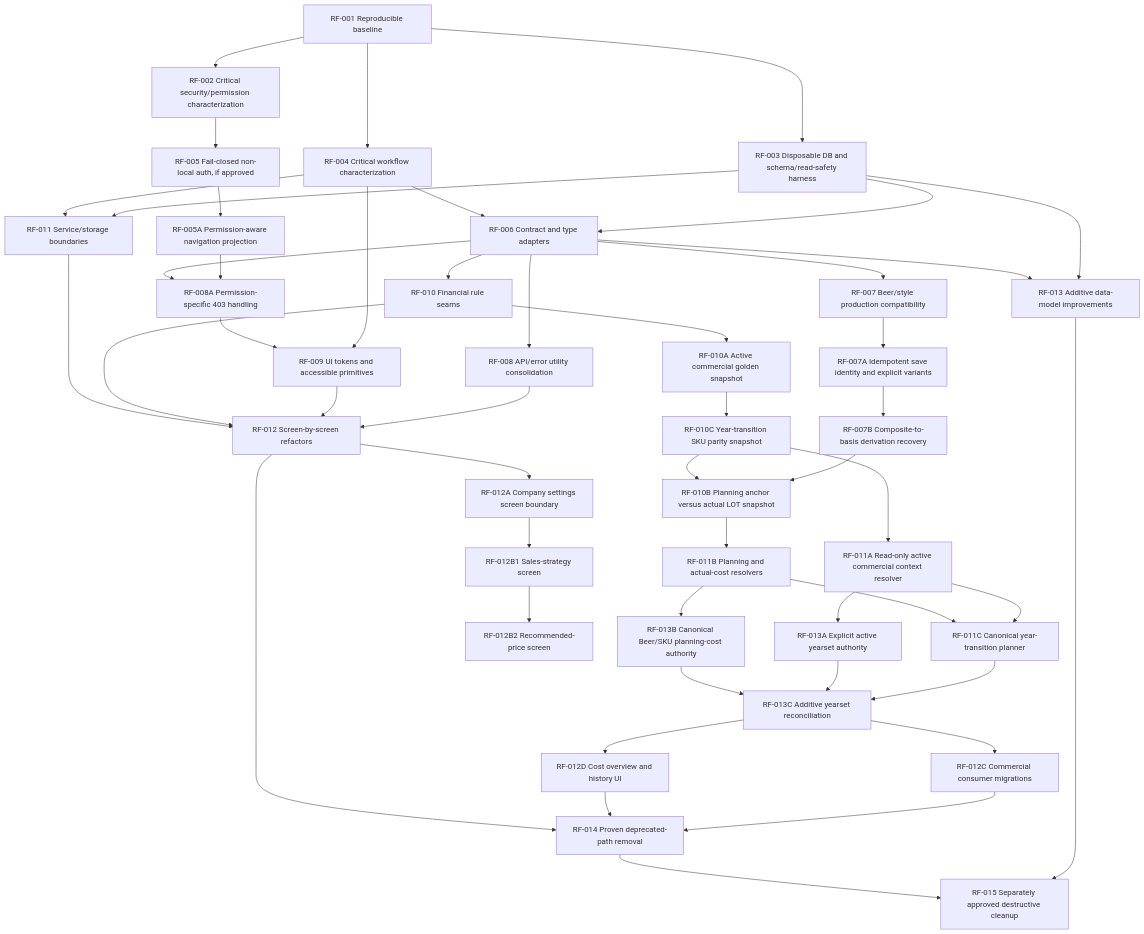
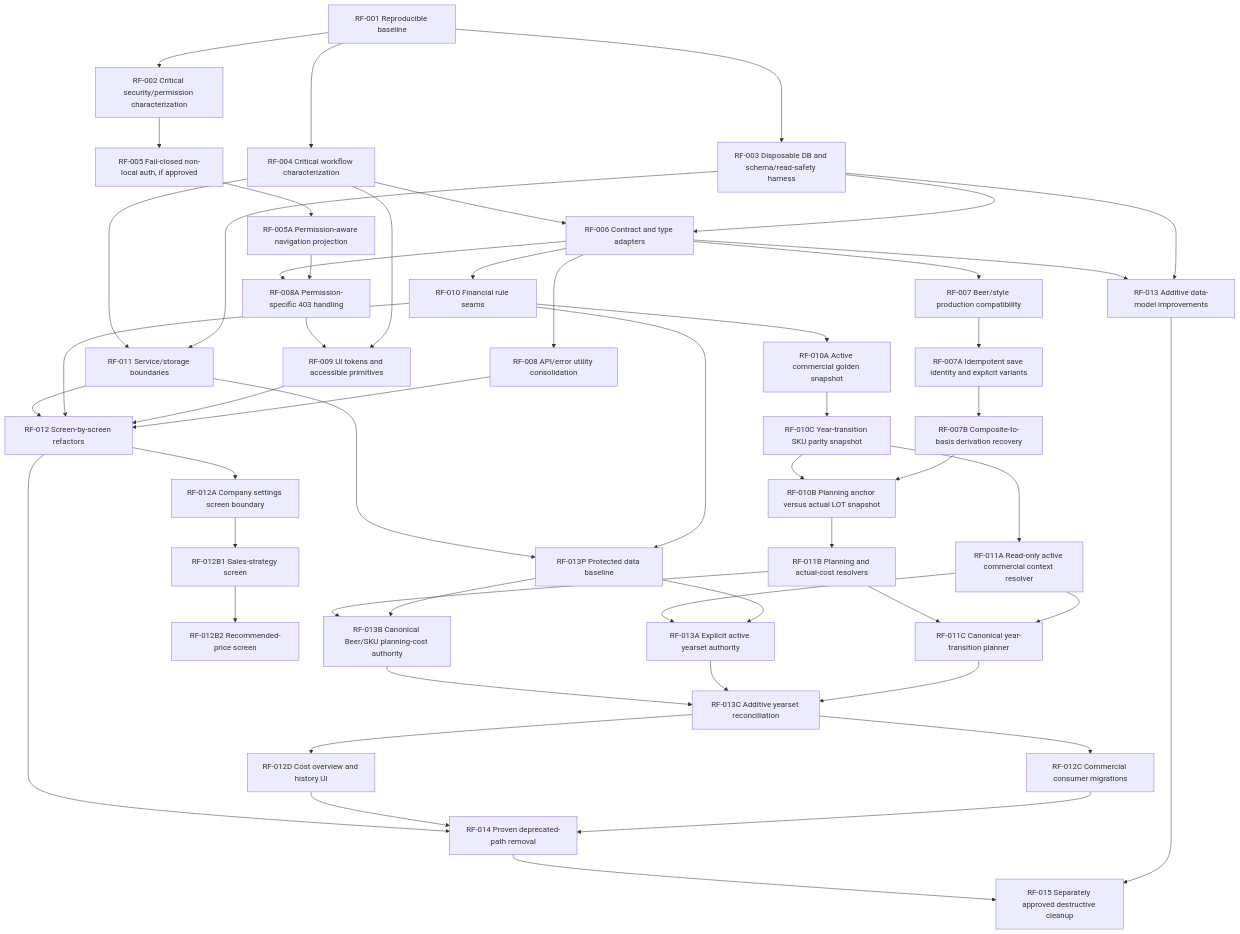
The first of 2 diagrams in docs/refactor-analysis/09-refactoring-roadmap.md (berlewaldebier-png/BerlewaldeCalculatietool), drawn with Mermaid before and after one commit. The commit also changed other lines of this file and 5 other files, not shown here.

Commit message:
test: add RF-013P protected data baseline (#50)

````diff
--- a/docs/refactor-analysis/09-refactoring-roadmap.md
+++ b/docs/refactor-analysis/09-refactoring-roadmap.md
@@ -48,50 +49,54 @@
 ```mermaid
 flowchart TD
     R1["RF-001 Reproducible baseline"] --> R2["RF-002 Critical security/permission characterization"]
     R1 --> R3["RF-003 Disposable DB and schema/read-safety harness"]
     R1 --> R4["RF-004 Critical workflow characterization"]
     R2 --> R5["RF-005 Fail-closed non-local auth, if approved"]
     R5 --> R5A["RF-005A Permission-aware navigation projection"]
     R3 --> R6["RF-006 Contract and type adapters"]
     R4 --> R6
     R6 --> R7["RF-007 Beer/style production compatibility"]
     R7 --> R7A["RF-007A Idempotent save identity and explicit variants"]
     R7A --> R7B["RF-007B Composite-to-basis derivation recovery"]
     R6 --> R8["RF-008 API/error utility consolidation"]
     R5A --> R8A["RF-008A Permission-specific 403 handling"]
     R6 --> R8A
     R4 --> R9["RF-009 UI tokens and accessible primitives"]
     R8A --> R9
     R6 --> R10["RF-010 Financial rule seams"]
     R10 --> R10A["RF-010A Active commercial golden snapshot"]
     R10A --> R10C["RF-010C Year-transition SKU parity snapshot"]
     R7B --> R10B["RF-010B Planning anchor versus actual LOT snapshot"]
     R10C --> R10B
     R3 --> R11["RF-011 Service/storage boundaries"]
     R4 --> R11
     R10C --> R11A["RF-011A Read-only active commercial context resolver"]
     R10B --> R11B["RF-011B Planning and actual-cost resolvers"]
     R11A --> R11C["RF-011C Canonical year-transition planner"]
     R11B --> R11C
     R8 --> R12["RF-012 Screen-by-screen refactors"]
     R9 --> R12
     R10 --> R12
     R11 --> R12
     R12 --> R12A["RF-012A Company settings screen boundary"]
     R12A --> R12B1["RF-012B1 Sales-strategy screen"]
     R12B1 --> R12B2["RF-012B2 Recommended-price screen"]
     R3 --> R13["RF-013 Additive data-model improvements"]
     R6 --> R13
+    R10 --> R13P["RF-013P Protected data baseline"]
+    R11 --> R13P
+    R13P --> R13A
+    R13P --> R13B
     R11A --> R13A["RF-013A Explicit active yearset authority"]
     R11B --> R13B["RF-013B Canonical Beer/SKU planning-cost authority"]
     R11C --> R13C["RF-013C Additive yearset reconciliation"]
     R13A --> R13C
     R13B --> R13C
     R13C --> R12C["RF-012C Commercial consumer migrations"]
     R13C --> R12D["RF-012D Cost overview and history UI"]
     R12C --> R14
     R12D --> R14
     R12 --> R14["RF-014 Proven deprecated-path removal"]
     R13 --> R15["RF-015 Separately approved destructive cleanup"]
     R14 --> R15
 ```
````
